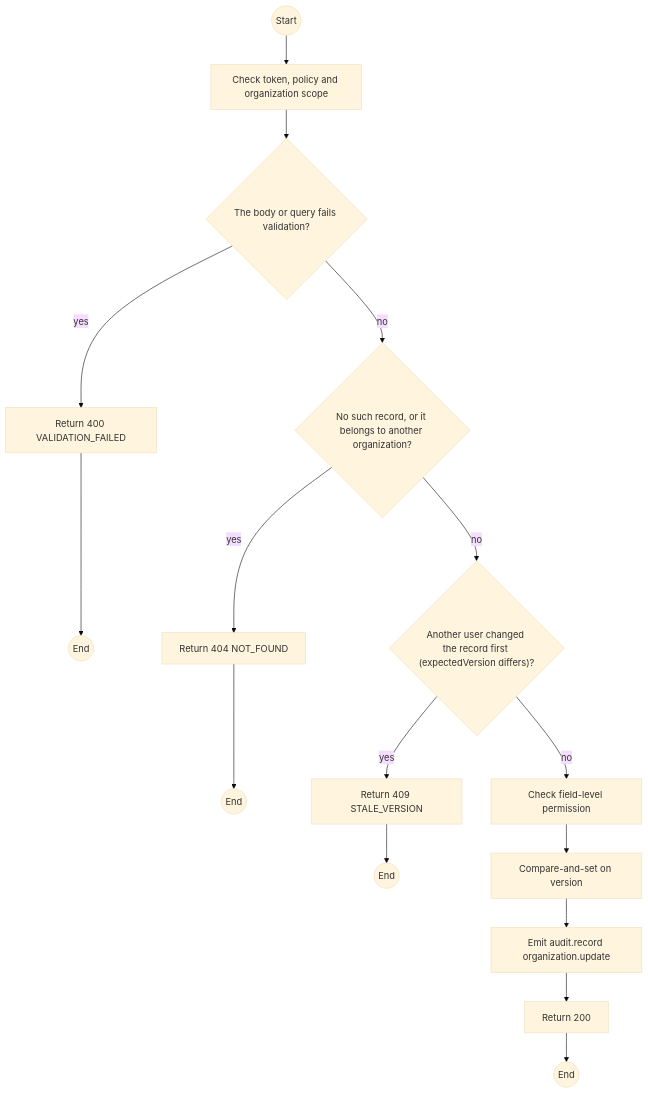
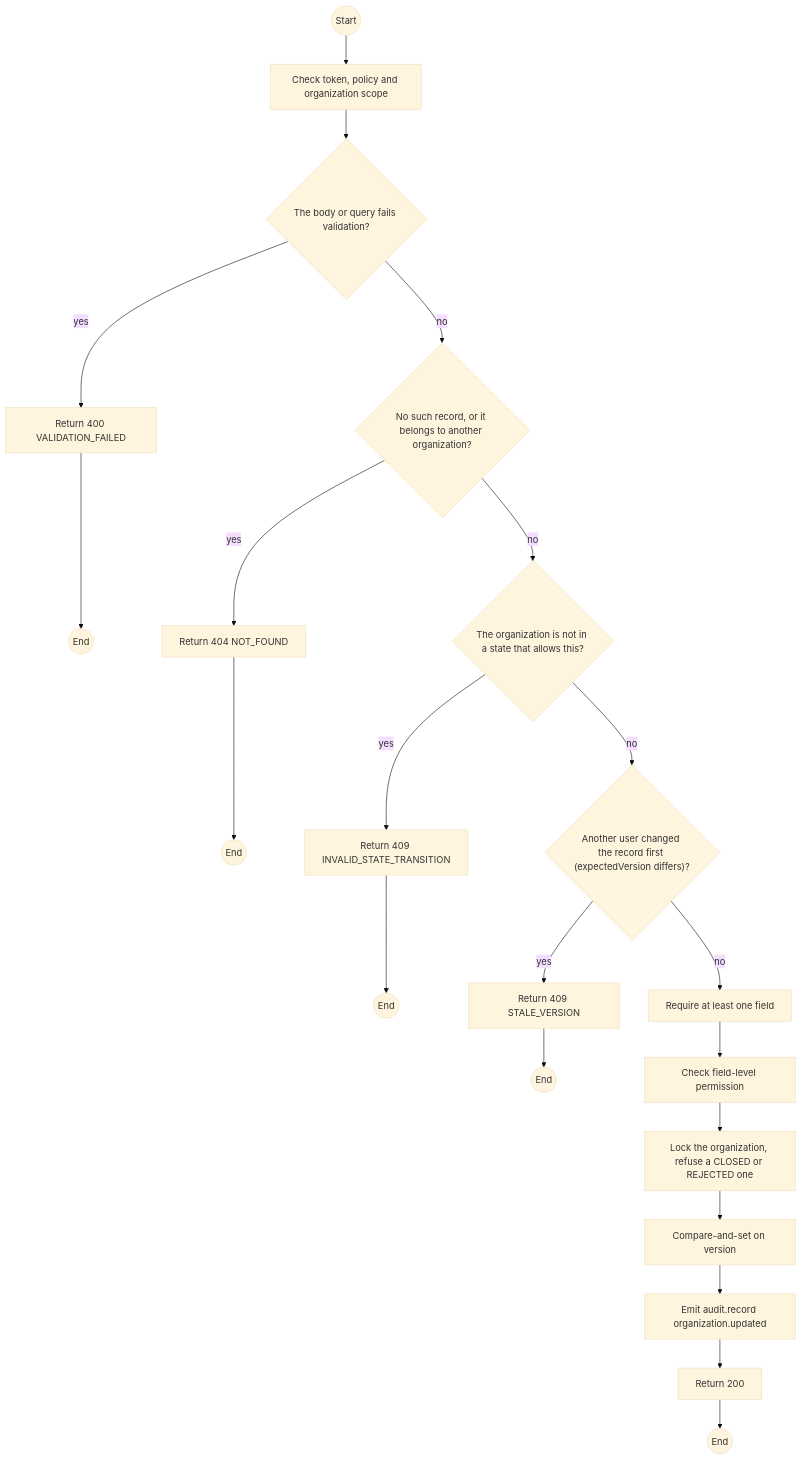
The first of 2 diagrams in specs/organizations/api-design/04-patch-organizations-id.md (TrekLink-Team/treklink-web), drawn with Mermaid (base theme) before and after one commit. The commit also changed other lines of this file and 26 other files, not shown here.

````diff
--- a/specs/organizations/api-design/04-patch-organizations-id.md
+++ b/specs/organizations/api-design/04-patch-organizations-id.md
@@ -166,30 +200,39 @@
 ```mermaid
 flowchart TB
     S((Start))
     A0["Check token, policy and organization scope"]
     S --> A0
     D1{"The body or query fails validation?"}
     A0 --> D1
     E1["Return 400 VALIDATION_FAILED"]
     D1 -->|yes| E1
     E1 --> X1((End))
     D2{"No such record, or it belongs to another organization?"}
     D1 -->|no| D2
     E2["Return 404 NOT_FOUND"]
     D2 -->|yes| E2
     E2 --> X2((End))
-    D3{"Another user changed the record first (expectedVersion differs)?"}
+    D3{"The organization is not in a state that allows this?"}
     D2 -->|no| D3
-    E3["Return 409 STALE_VERSION"]
+    E3["Return 409 INVALID_STATE_TRANSITION"]
     D3 -->|yes| E3
     E3 --> X3((End))
-    P0["Check field-level permission"]
-    D3 -->|no| P0
-    P1["Compare-and-set on version"]
+    D4{"Another user changed the record first (expectedVersion differs)?"}
+    D3 -->|no| D4
+    E4["Return 409 STALE_VERSION"]
+    D4 -->|yes| E4
+    E4 --> X4((End))
+    P0["Require at least one field"]
+    D4 -->|no| P0
+    P1["Check field-level permission"]
     P0 --> P1
-    P2["Emit audit.record organization.update"]
+    P2["Lock the organization, refuse a CLOSED or REJECTED one"]
     P1 --> P2
+    P3["Compare-and-set on version"]
+    P2 --> P3
+    P4["Emit audit.record organization.updated"]
+    P3 --> P4
     OK["Return 200"]
-    P2 --> OK
+    P4 --> OK
     OK --> Z((End))
 ```
````
